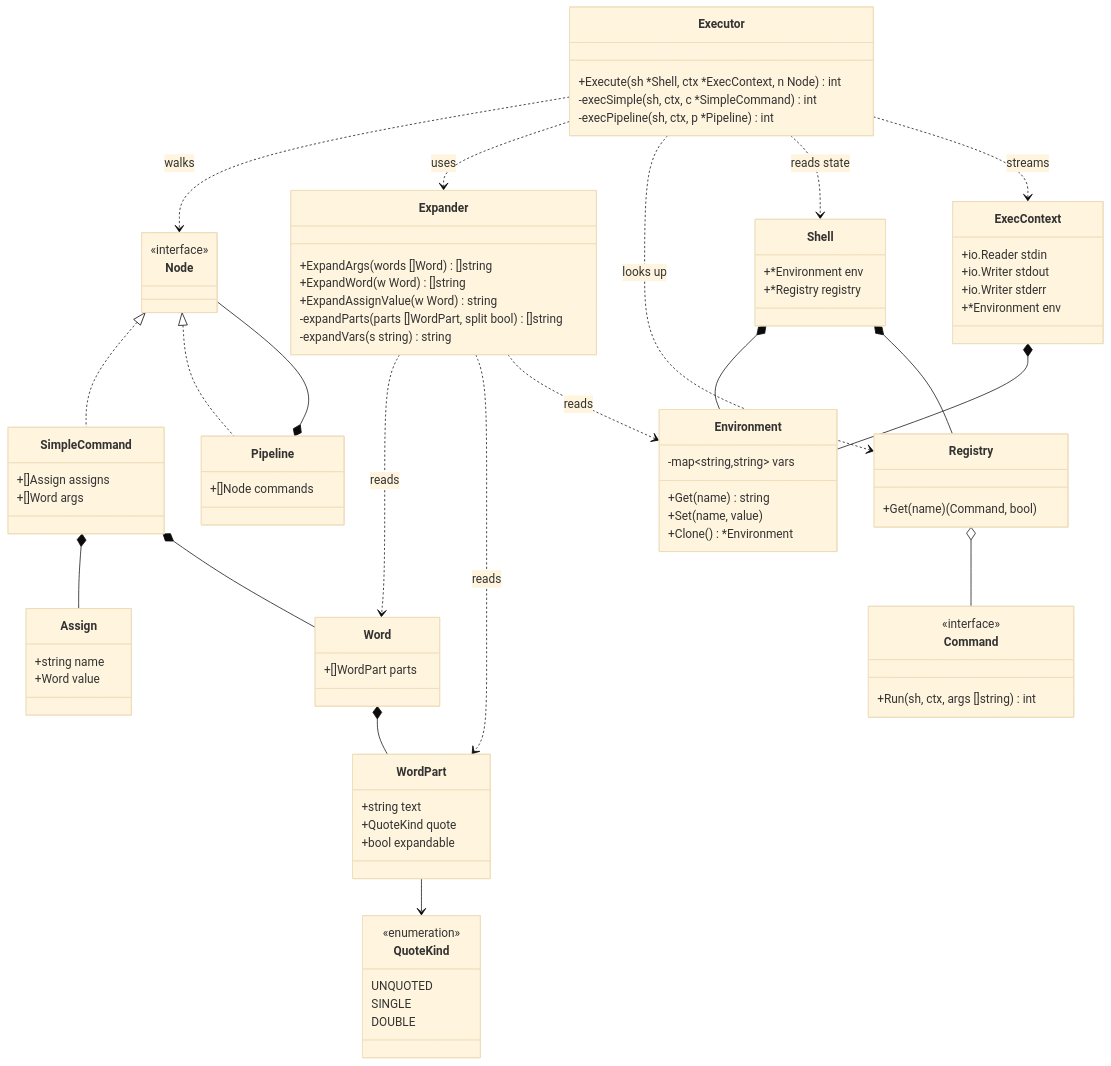
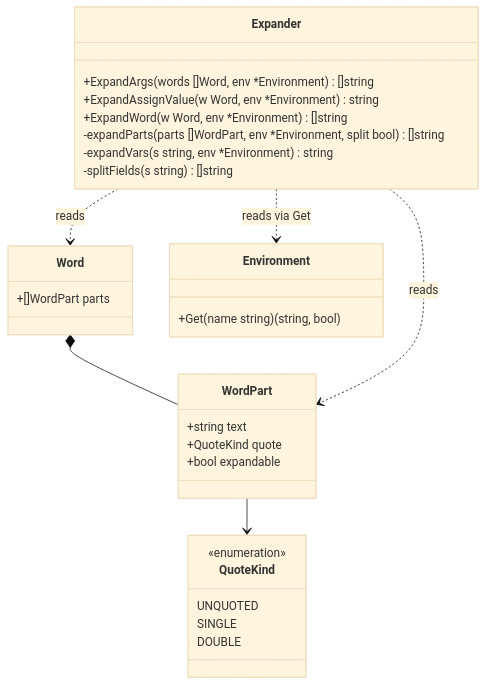
The diagram in Expander.md (IliaSotnikov2005/dz1), drawn with Mermaid (base theme) before and after one commit. The commit also changed other lines of this file and 2 other files, not shown here.

````diff
--- a/Expander.md
+++ b/Expander.md
@@ -146,6 +340,6 @@
 ```mermaid
 classDiagram
-    %% ===================== ДАННЫЕ =====================
+    %% ===================== ВХОДНЫЕ ДАННЫЕ =====================
     class Word {
         +[]WordPart parts
     }
@@ -160,86 +354,24 @@
         SINGLE
         DOUBLE
     }
-
-    %% ===================== AST =====================
-    class Node {
-        <<interface>>
-    }
-    class SimpleCommand {
-        +[]Assign assigns
-        +[]Word args
-    }
-    class Pipeline {
-        +[]Node commands
-    }
-    class Assign {
-        +string name
-        +Word value
-    }
-
-    %% ===================== ОКРУЖЕНИЕ =====================
     class Environment {
-        -map~string,string~ vars
-        +Get(name) string
-        +Set(name, value)
-        +Clone() *Environment
+        +Get(name string) (string, bool)
     }
 
     %% ===================== ЭКСПАНДЕР =====================
     class Expander {
-        +ExpandArgs(words []Word) []string
-        +ExpandWord(w Word) []string
-        +ExpandAssignValue(w Word) string
-        -expandParts(parts []WordPart, split bool) []string
-        -expandVars(s string) string
-    }
-
-    %% ===================== ИСПОЛНЕНИЕ =====================
-    class Shell {
-        +*Environment env
-        +*Registry registry
-    }
-    class ExecContext {
-        +io.Reader stdin
-        +io.Writer stdout
-        +io.Writer stderr
-        +*Environment env
-    }
-    class Executor {
-        +Execute(sh *Shell, ctx *ExecContext, n Node) int
-        -execSimple(sh, ctx, c *SimpleCommand) int
-        -execPipeline(sh, ctx, p *Pipeline) int
-    }
-    class Registry {
-        +Get(name) (Command, bool)
-    }
-    class Command {
-        <<interface>>
-        +Run(sh, ctx, args []string) int
+        +ExpandArgs(words []Word, env *Environment) []string
+        +ExpandAssignValue(w Word, env *Environment) string
+        +ExpandWord(w Word, env *Environment) []string
+        -expandParts(parts []WordPart, env *Environment, split bool) []string
+        -expandVars(s string, env *Environment) string
+        -splitFields(s string) []string
     }
 
     %% ===================== СВЯЗИ =====================
     Word *-- WordPart
     WordPart --> QuoteKind
-
-    Node <|.. SimpleCommand
-    Node <|.. Pipeline
-    SimpleCommand *-- Assign
-    SimpleCommand *-- Word
-    Pipeline *-- Node
-
-    Executor ..> Node : walks
-    Executor ..> Expander : uses
-    Executor ..> Registry : looks up
-    Executor ..> Shell : reads state
-    Executor ..> ExecContext : streams
-
     Expander ..> Word : reads
     Expander ..> WordPart : reads
-    Expander ..> Environment : reads
-
-    Shell *-- Environment
-    Shell *-- Registry
-    ExecContext *-- Environment
-    Registry o-- Command
+    Expander ..> Environment : reads via Get
 ```
````
